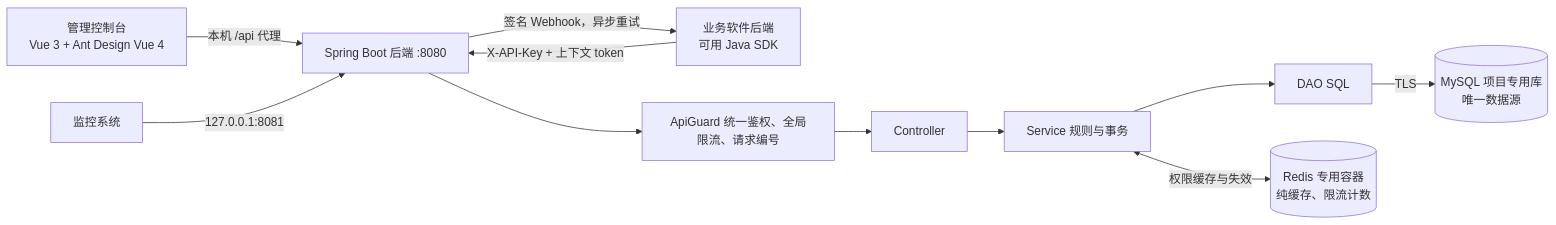
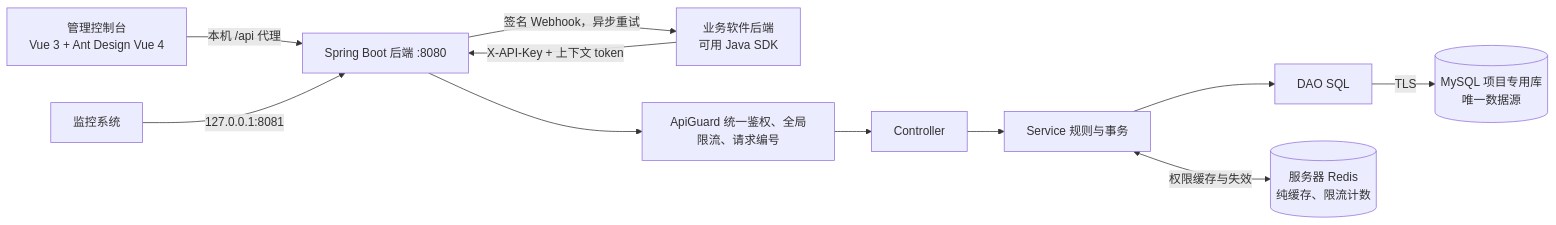
Before and after one commit to JiuQi79-BOT/MelonHub: the diagram in doc/ARCHITECTURE.md, drawn with Mermaid. The commit also changed other lines of this file and 71 other files, not shown here.

````diff
--- a/doc/ARCHITECTURE.md
+++ b/doc/ARCHITECTURE.md
@@ -5,13 +5,13 @@
 ```mermaid
 flowchart LR
     A[管理控制台<br/>Vue 3 + Ant Design Vue 4] -->|本机 /api 代理| B[Spring Boot 后端 :8080]
     C[业务软件后端<br/>可用 Java SDK] -->|X-API-Key + 上下文 token| B
     B --> G[ApiGuard 统一鉴权、全局限流、请求编号]
     G --> D[Controller]
     D --> E[Service 规则与事务]
     E --> F[DAO SQL]
     F -->|TLS| M[(MySQL 项目专用库<br/>唯一数据源)]
-    E <-->|权限缓存与失效| R[(Redis 专用容器<br/>纯缓存、限流计数)]
+    E <-->|权限缓存与失效| R[(服务器 Redis<br/>纯缓存、限流计数)]
     B -->|签名 Webhook，异步重试| C
     P[监控系统] -->|127.0.0.1:8081| B
 ```
````
